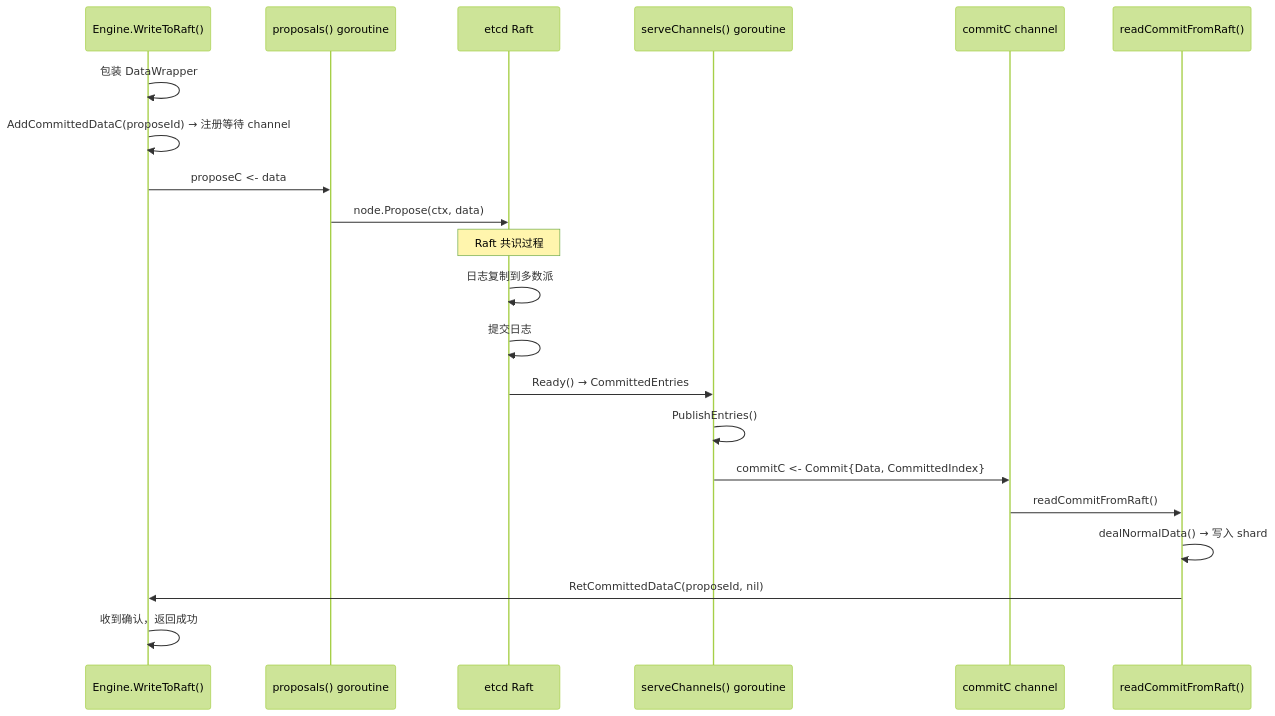
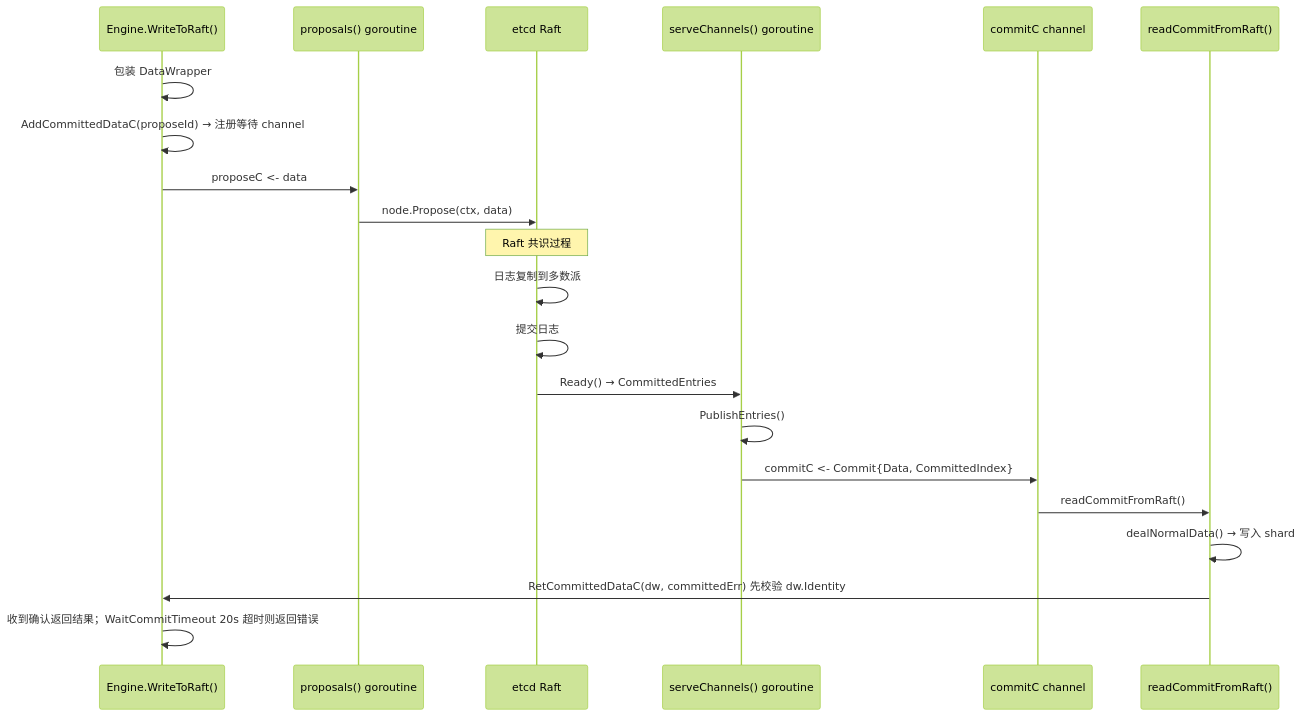
The fifth of 9 diagrams in docs/specs/33_raftconn_spec.md (stefanv5/openGemini), drawn with Mermaid (forest theme) before and after one commit. The commit also changed other lines of this file and 37 other files, not shown here.

````diff
--- a/docs/specs/33_raftconn_spec.md
+++ b/docs/specs/33_raftconn_spec.md
@@ -402,28 +423,28 @@
 ```mermaid
 sequenceDiagram
     participant Engine as Engine.WriteToRaft()
     participant Prop as proposals() goroutine
     participant Node as etcd Raft
     participant Serve as serveChannels() goroutine
     participant Commit as commitC channel
     participant Apply as readCommitFromRaft()
 
     Engine->>Engine: 包装 DataWrapper
     Engine->>Engine: AddCommittedDataC(proposeId) → 注册等待 channel
     Engine->>Prop: proposeC <- data
 
     Prop->>Node: node.Propose(ctx, data)
 
     Note over Node: Raft 共识过程
     Node->>Node: 日志复制到多数派
     Node->>Node: 提交日志
 
     Node->>Serve: Ready() → CommittedEntries
     Serve->>Serve: PublishEntries()
     Serve->>Commit: commitC <- Commit{Data, CommittedIndex}
 
     Commit->>Apply: readCommitFromRaft()
     Apply->>Apply: dealNormalData() → 写入 shard
-    Apply->>Engine: RetCommittedDataC(proposeId, nil)
-    Engine->>Engine: 收到确认，返回成功
+    Apply->>Engine: RetCommittedDataC(dw, committedErr) 先校验 dw.Identity
+    Engine->>Engine: 收到确认返回结果；WaitCommitTimeout 20s 超时则返回错误
 ```
````
